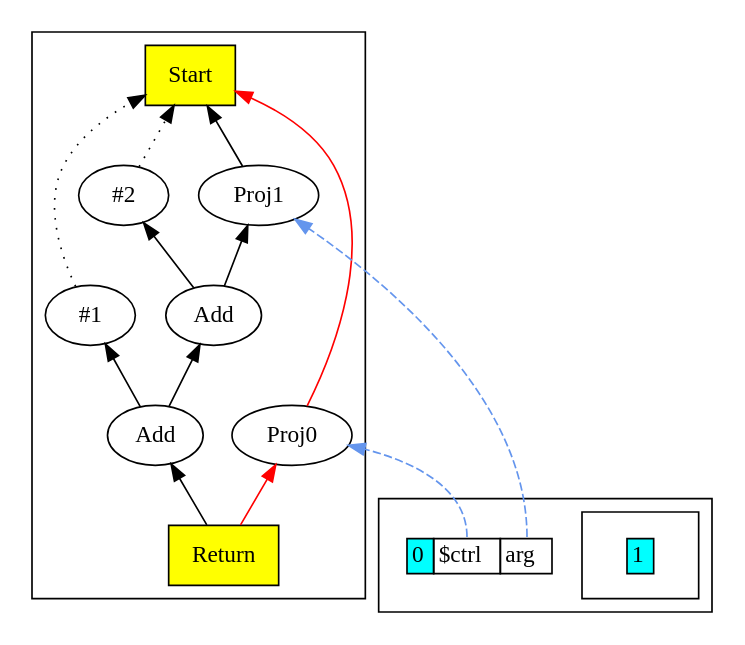
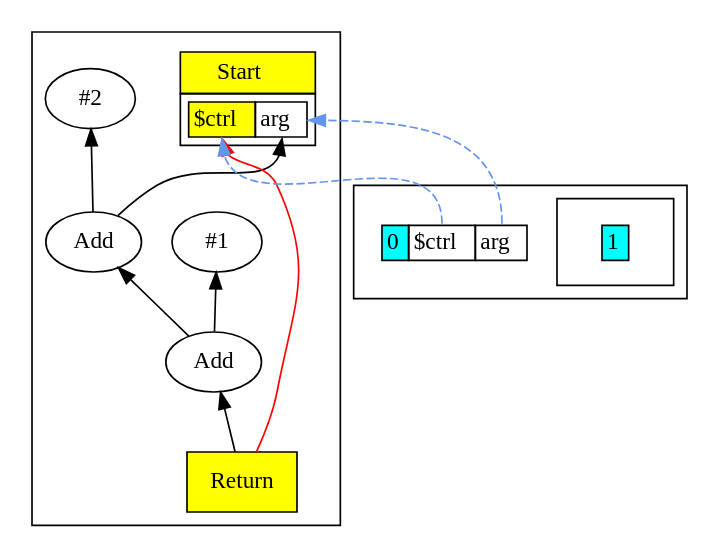
The diagram in chapter04/docs/04-pre-peephole.gv (SeaOfNodes/Simple), drawn with Graphviz before and after one commit. The commit also changed 1 other file, not shown here.

Commit message:
Update the dot diagrams

```diff
--- a/chapter04/docs/04-pre-peephole.gv
+++ b/chapter04/docs/04-pre-peephole.gv
@@ -1,39 +1,45 @@
-digraph chapter03 {
+digraph chapter04 {
+/*
+return 1+arg+2; #showGraph;
+*/
 	rankdir=BT;
 	subgraph cluster_Nodes {
-		Start1 [ shape=box style=filled fillcolor=yellow label="Start" ];
-		Proj02 [ label="Proj0" ];
-		Proj13 [ label="Proj1" ];
+		Start1 [ shape=plaintext label=<
+			<TABLE BORDER="0" CELLBORDER="1" CELLSPACING="0" CELLPADDING="4">
+			<TR><TD BGCOLOR="yellow">Start</TD></TR>
+			<TR><TD>
+				<TABLE BORDER="0" CELLBORDER="1" CELLSPACING="0">
+				<TR><TD PORT="p0" BGCOLOR="yellow">$ctrl</TD><TD PORT="p1">arg</TD></TR>
+				</TABLE>
+			</TD></TR>
+			</TABLE>>
+		];
 		Con_4 [ label="#1" ];
 		Con_5 [ label="#2" ];
 		Add6 [ label="Add" ];
 		Add7 [ label="Add" ];
 		Return8 [ shape=box style=filled fillcolor=yellow label="Return" ];
 	}
 	node [shape=plaintext];
 	subgraph cluster_0 {
 		scope0 [label=<
 			<TABLE BORDER="0" CELLBORDER="1" CELLSPACING="0">
-			<TR><TD BGCOLOR="aqua">0</TD><TD PORT="scope0_$ctrl">$ctrl</TD><TD PORT="scope0_arg">arg</TD></TR>
+			<TR><TD BGCOLOR="cyan">0</TD><TD PORT="scope0_$ctrl">$ctrl</TD><TD PORT="scope0_arg">arg</TD></TR>
 			</TABLE>>];
 	subgraph cluster_1 {
 		scope1 [label=<
 			<TABLE BORDER="0" CELLBORDER="1" CELLSPACING="0">
-			<TR><TD BGCOLOR="aqua">1</TD></TR>
+			<TR><TD BGCOLOR="cyan">1</TD></TR>
 			</TABLE>>];
 	}
 	}
-	Proj02 -> Start1 [color=red];
-	Proj13 -> Start1;
-	Con_4 -> Start1 [style=dotted];
-	Con_5 -> Start1 [style=dotted];
-	Add6 -> Proj13;
+	Add6 -> Start1:p1;
 	Add6 -> Con_5;
 	Add7 -> Con_4;
 	Add7 -> Add6;
-	Return8 -> Proj02 [color=red];
+	Return8 -> Start1:p0 [color=red];
 	Return8 -> Add7;
 	edge [style=dashed color=cornflowerblue];
-	scope0:"scope0_$ctrl" -> Proj02;
-	scope0:"scope0_arg" -> Proj13;
+	scope0:"scope0_$ctrl" -> Start1:p0;
+	scope0:"scope0_arg" -> Start1:p1;
 }
```
